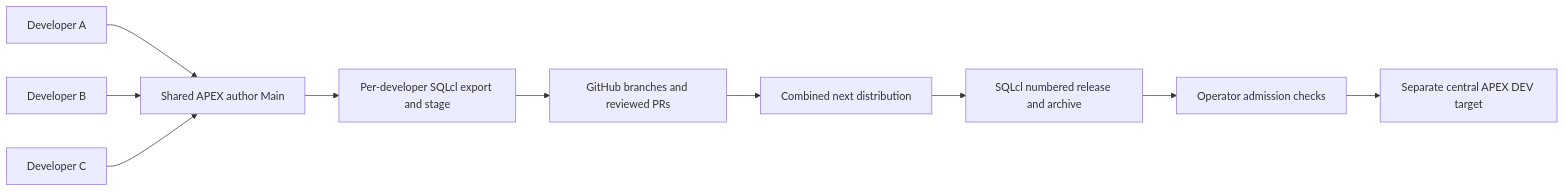
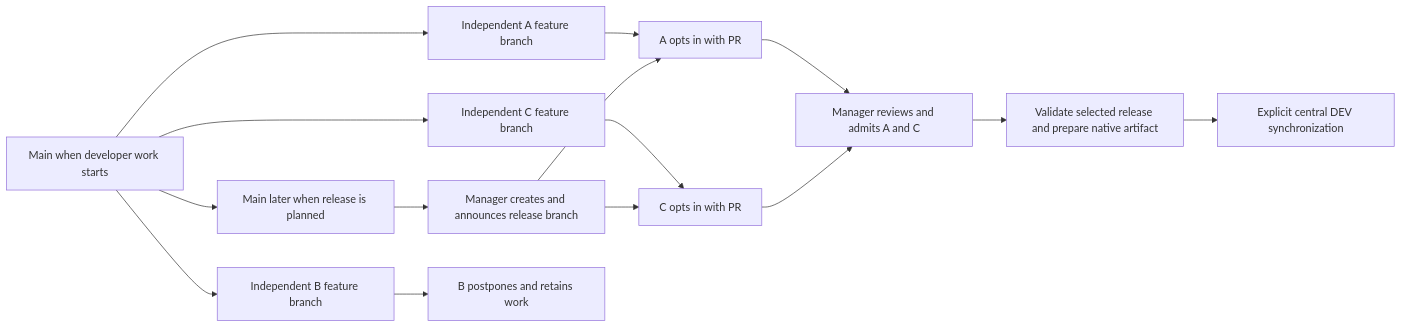
The diagram in progress/E.4/sprint_E.4_design.md (rstyczynski/APEX_CICD), drawn with Mermaid before and after one commit. The commit also changed other lines of this file and 256 other files, not shown here.

Commit message:
feat(e4): qualify selective native release and central DEV handover

````diff
--- a/progress/E.4/sprint_E.4_design.md
+++ b/progress/E.4/sprint_E.4_design.md
@@ -24,12 +36,17 @@
 ```mermaid
 flowchart LR
- A[Developer A] --> M[Shared APEX author Main]
- B[Developer B] --> M
- C[Developer C] --> M
- M --> E[Per-developer SQLcl export and stage]
- E --> P[GitHub branches and reviewed PRs]
- P --> N[Combined next distribution]
- N --> R[SQLcl numbered release and archive]
- R --> G[Operator admission checks]
- G --> D[Separate central APEX DEV target]
+ M0[Main when developer work starts] --> A[Independent A feature branch]
+ M0 --> B[Independent B feature branch]
+ M0 --> C[Independent C feature branch]
+ M0 --> M1[Main later when release is planned]
+ M1 --> R[Manager creates and announces release branch]
+ A --> PA[A opts in with PR]
+ C --> PC[C opts in with PR]
+ B --> H[B postpones and retains work]
+ R --> PA
+ R --> PC
+ PA --> I[Manager reviews and admits A and C]
+ PC --> I
+ I --> V[Validate selected release and prepare native artifact]
+ V --> D[Explicit central DEV synchronization]
 ```
````
